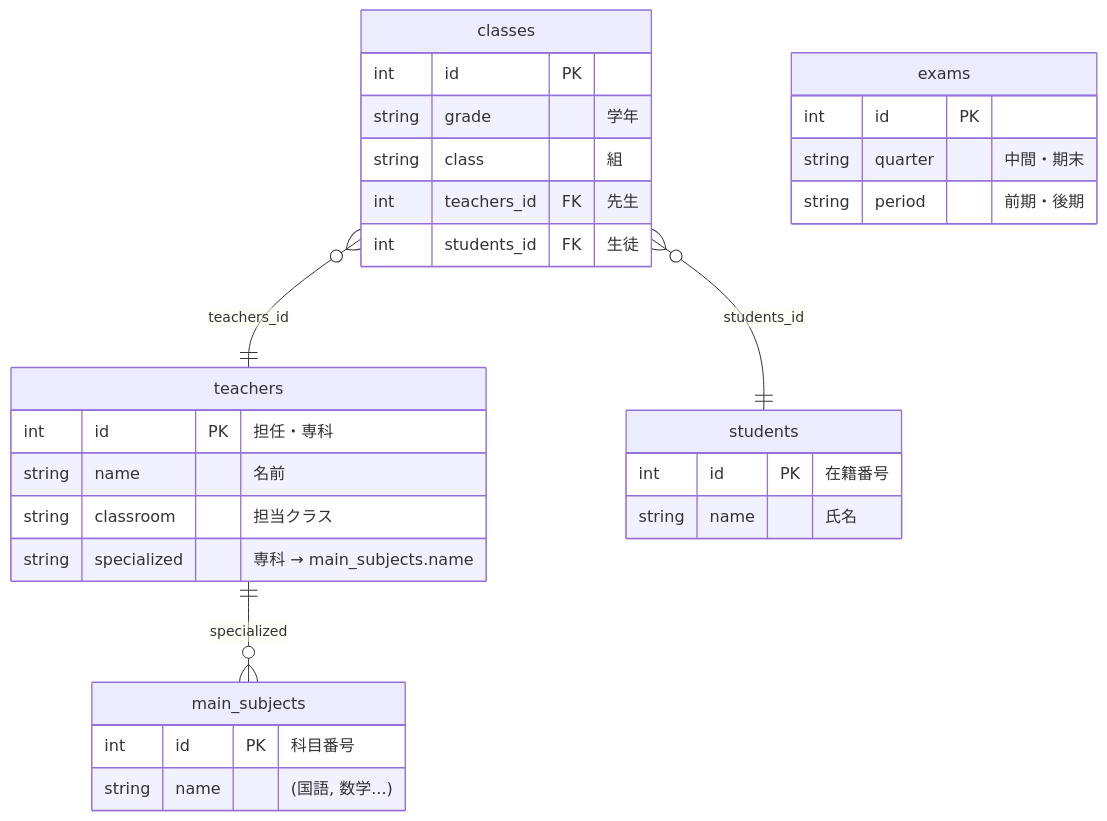
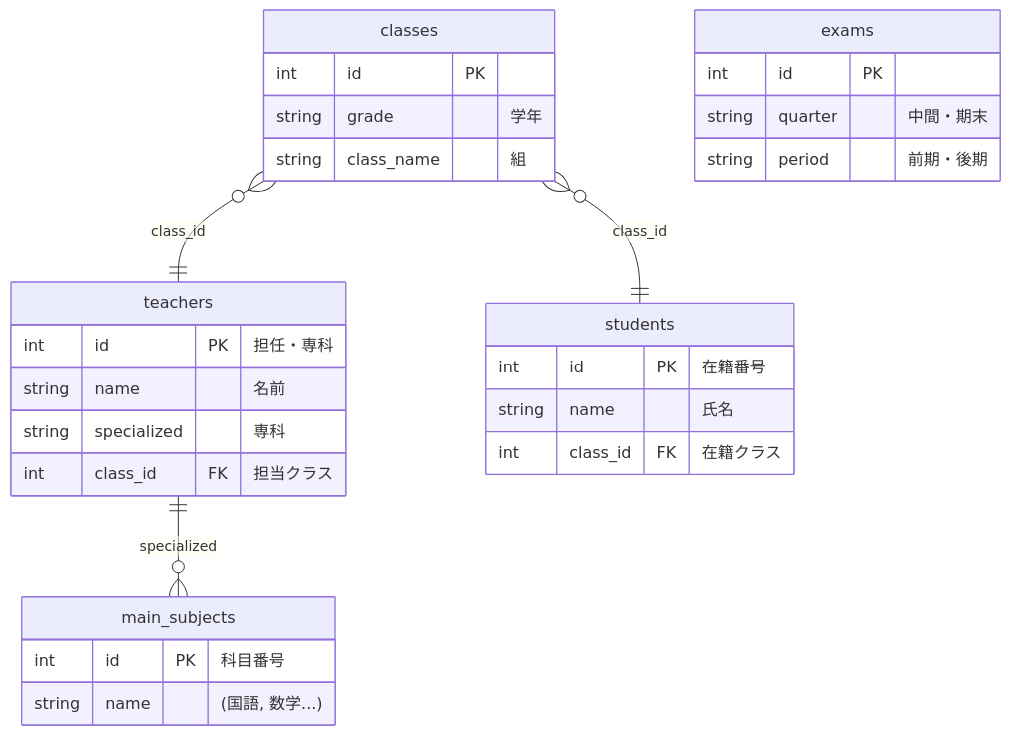
The diagram in grade-management/doc/er_design.mmd (linuxfirstMint/your-school), drawn with Mermaid before and after one commit.

Commit message:
doc: erDiagramのリレーション方向とカラム設計を修正
- classes側のFK(teachers_id, students_id)を削除し、teachers/studentsにclass_id FKを移動
- classesのclass属性(予約語)をclass_nameに変更
- teachersのclassroom(string)をclass_id FK(int)に変更

```diff
--- a/grade-management/doc/er_design.mmd
+++ b/grade-management/doc/er_design.mmd
@@ -1,38 +1,36 @@
 erDiagram
     teachers ||--o{ main_subjects : "specialized"
-    classes }o--|| teachers : "teachers_id"
-    classes }o--|| students : "students_id"
+    classes }o--|| teachers : "class_id"
+    classes }o--|| students : "class_id" 
 
     teachers {
         int id PK "担任・専科"
         string name "名前"
-        string classroom "担当クラス"
-        string specialized "専科 → main_subjects.name"
+        string specialized "専科"
+        int class_id FK "担当クラス"
     }
 
      
     classes {
         int id PK 
         string grade "学年"
-        string class "組"
-    %% TODO このままだとクラスに先生、生徒が1ずつしか紐づかないかも
-        int teachers_id FK "先生"
-        int students_id FK "生徒"
+        string class_name "組"
     }
 
     students {
         int id PK "在籍番号"
     %% TODO プロトタイプ仕様書にある、year,class,numberが抜けている
         string name "氏名"
+        int class_id FK "在籍クラス"
     }
 
     main_subjects {
         int id PK "科目番号"
         string name "(国語, 数学...)"
     }
 
     exams {
         int id PK
         string quarter "中間・期末"
         string period "前期・後期"
     }
```
